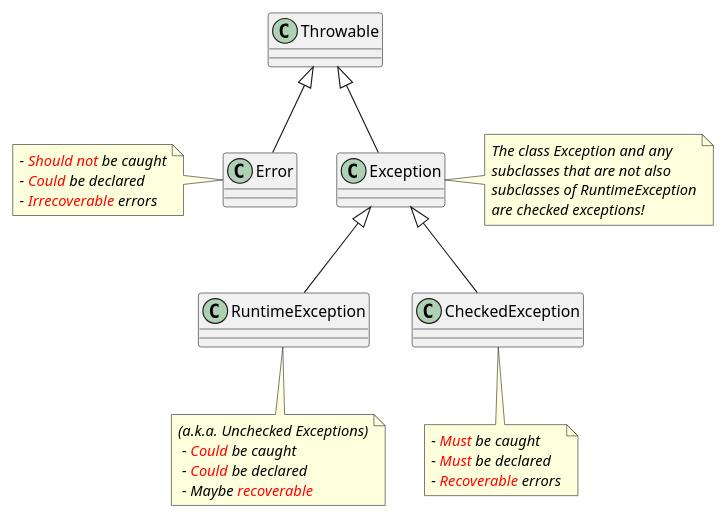
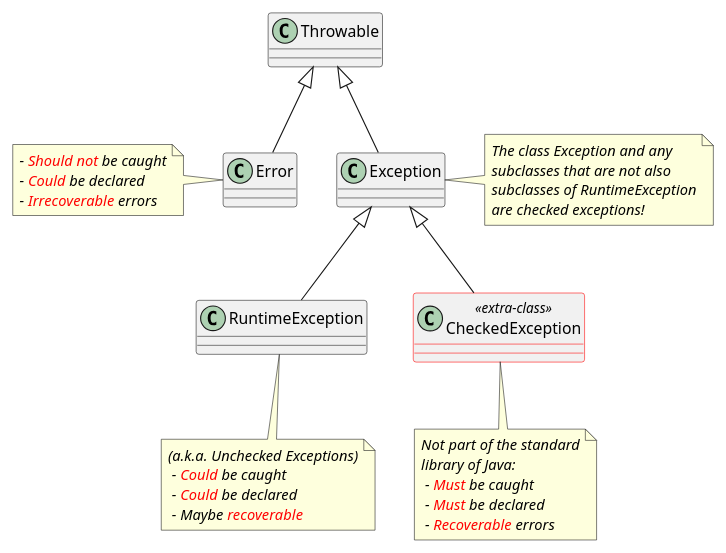
One commit to ThorstenEckstein/dhbw-advanced-programming changed the diagram in course-6/docs/diagrams/exceptions-hierarchy.puml. Above: the diagram before and after it, drawn with PlantUML. The commit also changed 5 other files, not shown here.

```diff
--- a/course-6/docs/diagrams/exceptions-hierarchy.puml
+++ b/course-6/docs/diagrams/exceptions-hierarchy.puml
@@ -1,49 +1,54 @@
 @startuml
 
 'https://plantuml.com/class-diagram
 
 scale 0.9
 
+skinparam class {
+  BorderColor<<extra-class>> Red
+}
 skinparam note {
   fontStyle italic
 }
 skinparam groupInheritance 1
 
 class Throwable
 class Exception
 class Error
 class RuntimeException
-class CheckedException
+class CheckedException <<extra-class>>
 
 Throwable   <|--   Exception
 Throwable   <|--   Error
 Exception   <|--   RuntimeException
 Exception   <|--   CheckedException
 
 note left of Error
  - <color:red>Should not</color> be caught
  - <color:red>Could</color> be declared
  - <color:red>Irrecoverable</color> errors
 end note
 
 note right of Exception
  The class Exception and any
  subclasses that are not also
  subclasses of RuntimeException
  are checked exceptions!
 end note
 
 note bottom of RuntimeException
 (a.k.a. Unchecked Exceptions)
  - <color:red>Could</color> be caught
  - <color:red>Could</color> be declared
  - Maybe <color:red>recoverable</color>
 end note
 
 note bottom of CheckedException
+Not part of the standard
+library of Java:
  - <color:red>Must</color> be caught
  - <color:red>Must</color> be declared
  - <color:red>Recoverable</color> errors
 end note
 
 @enduml
```
